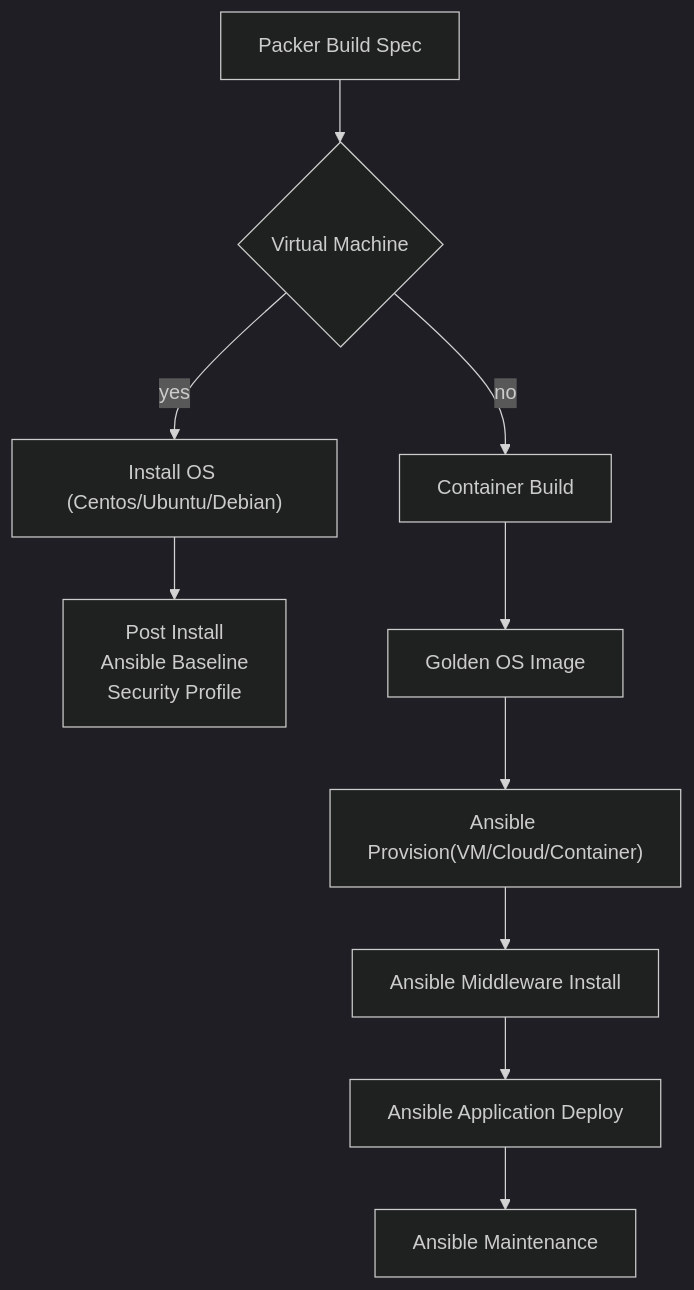
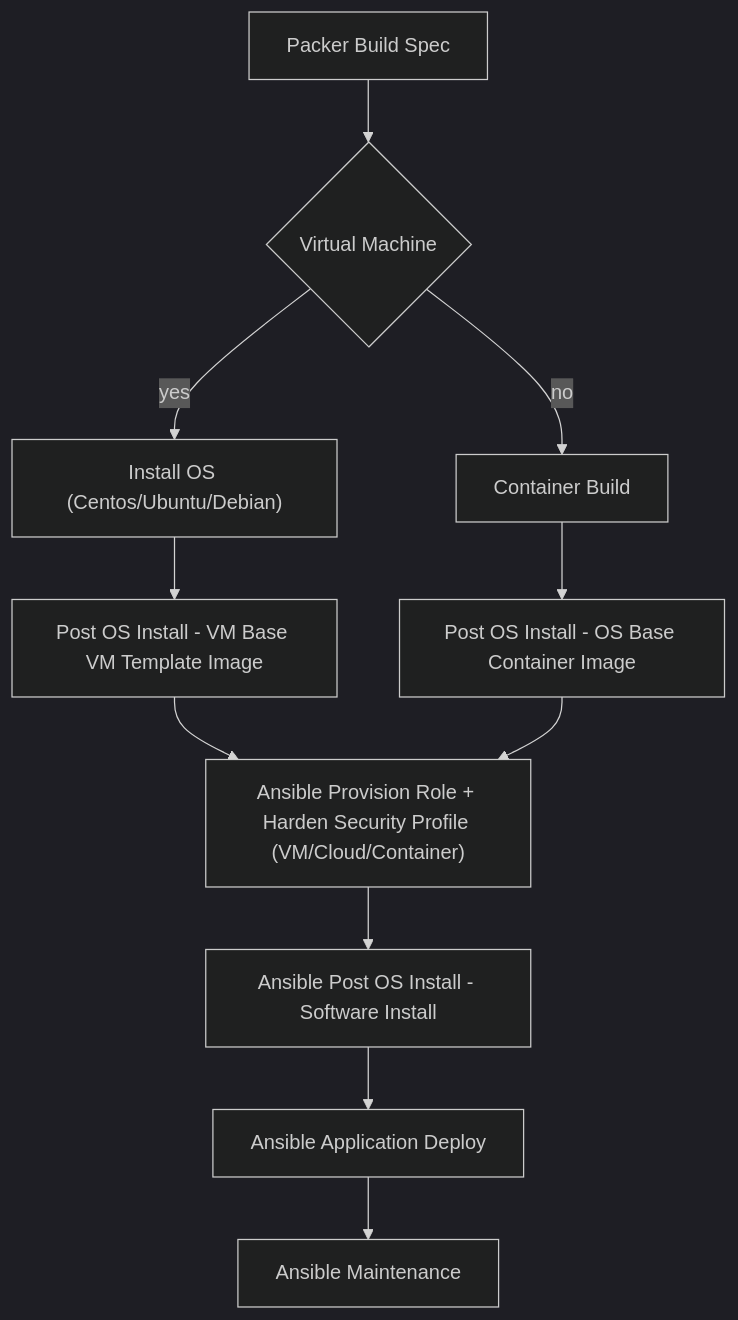
Before and after one commit to lj020326/ansible-datacenter: the diagram in docs/ansible-datacenter-roles-and-pipelines.md, drawn with Mermaid (dark theme). The commit also changed 1 other file, not shown here.

Commit message:
group updates to public branch

````diff
--- a/docs/ansible-datacenter-roles-and-pipelines.md
+++ b/docs/ansible-datacenter-roles-and-pipelines.md
@@ -46,13 +46,14 @@
 ```mermaid
 graph TD;
     A[Packer Build Spec] --> B{Virtual Machine}
+    B -->|yes| C["Install OS (Centos/Ubuntu/Debian)"]
     B -->|no| D[Container Build]
-    B -->|yes| C["Install OS (Centos/Ubuntu/Debian)"]
-    C --> E[Post Install<br>Ansible Baseline<br>Security Profile]
-    D --> F[Golden OS Image]
-    F --> G["Ansible Provision(VM/Cloud/Container)"]
-    G --> H["Ansible Middleware Install"]
+    C --> E[Post OS Install - VM Base VM Template Image]
+    D --> F[Post OS Install - OS Base Container Image]
+    E --> G["Ansible Provision Role + Harden Security Profile (VM/Cloud/Container)"]
+    F --> G["Ansible Provision Role + Harden Security Profile (VM/Cloud/Container)"]
+    G --> H["Ansible Post OS Install - Software Install"]
     H --> I[Ansible Application Deploy]
     I --> J[Ansible Maintenance]
 
 ```
````
